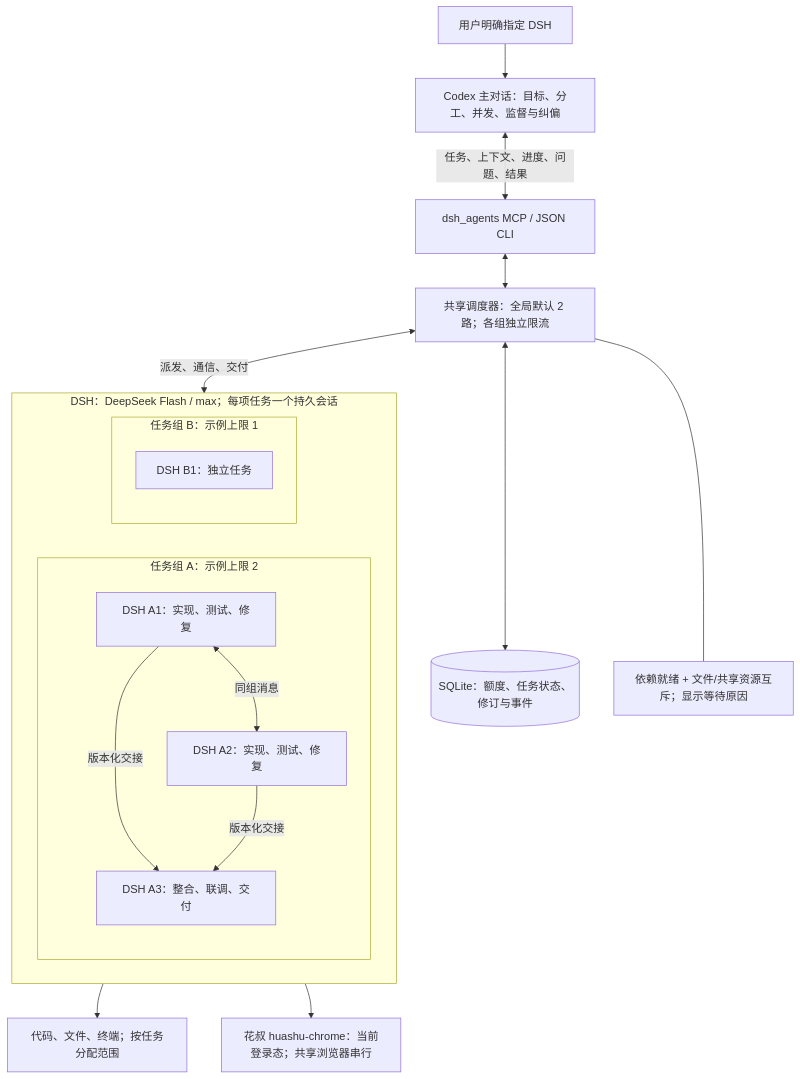
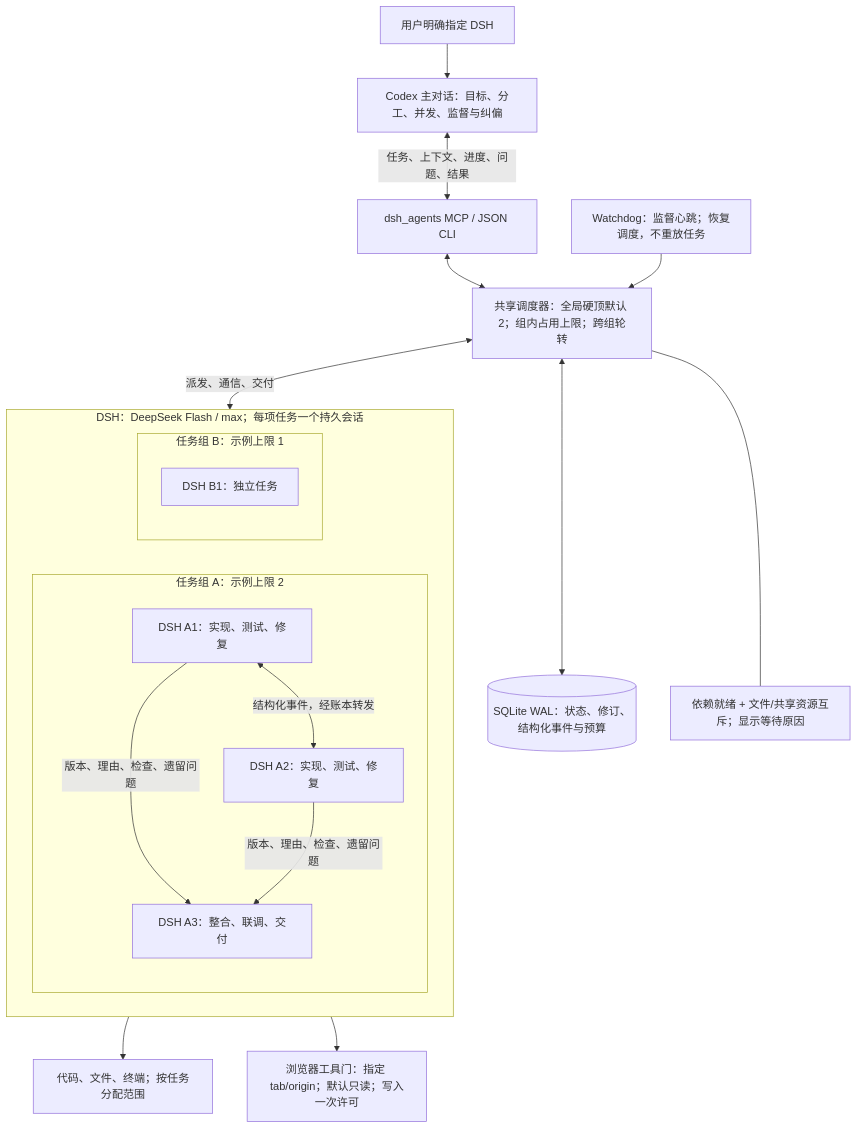
One commit to Fission21/deepseek-code-agent changed the diagram in README.zh-CN.md. Above: the diagram before and after it, drawn with Mermaid. The commit also changed other lines of this file and 26 other files, not shown here.

````diff
--- a/README.zh-CN.md
+++ b/README.zh-CN.md
@@ -13,21 +13,22 @@
 ```mermaid
 flowchart TB
   U["用户明确指定 DSH"] --> P["Codex 主对话：目标、分工、并发、监督与纠偏"]
   P <-->|"任务、上下文、进度、问题、结果"| I["dsh_agents MCP / JSON CLI"]
-  I <--> S["共享调度器：全局默认 2 路；各组独立限流"]
-  S <--> DB[("SQLite：额度、任务状态、修订与事件")]
+  I <--> S["共享调度器：全局硬顶默认 2；组内占用上限；跨组轮转"]
+  S <--> DB[("SQLite WAL：状态、修订、结构化事件与预算")]
+  W["Watchdog：监督心跳；恢复调度，不重放任务"] --> S
   S --- R["依赖就绪 + 文件/共享资源互斥；显示等待原因"]
   S <-->|"派发、通信、交付"| EXEC
   subgraph EXEC["DSH：DeepSeek Flash / max；每项任务一个持久会话"]
     subgraph A["任务组 A：示例上限 2"]
-      A1["DSH A1：实现、测试、修复"] <-->|"同组消息"| A2["DSH A2：实现、测试、修复"]
-      A1 -->|"版本化交接"| A3["DSH A3：整合、联调、交付"]
-      A2 -->|"版本化交接"| A3
+      A1["DSH A1：实现、测试、修复"] <-->|"结构化事件，经账本转发"| A2["DSH A2：实现、测试、修复"]
+      A1 -->|"版本、理由、检查、遗留问题"| A3["DSH A3：整合、联调、交付"]
+      A2 -->|"版本、理由、检查、遗留问题"| A3
     end
     subgraph B["任务组 B：示例上限 1"]
       B1["DSH B1：独立任务"]
     end
   end
   EXEC --> T["代码、文件、终端；按任务分配范围"]
-  EXEC --> C["花叔 huashu-chrome：当前登录态；共享浏览器串行"]
+  EXEC --> C["浏览器工具门：指定 tab/origin；默认只读；写入一次许可"]
 ```
````
